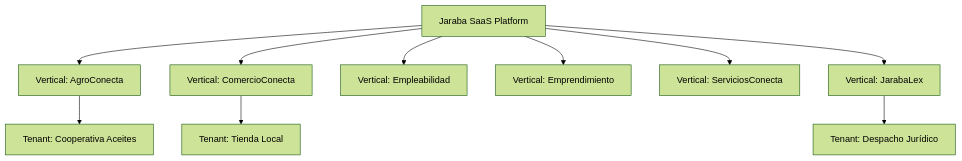
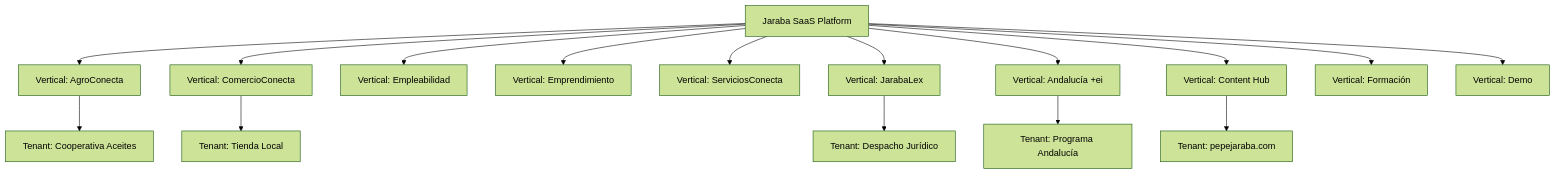
The diagram in docs/07_VERTICAL_CUSTOMIZATION_PATTERNS.md (JarabaImpactPlatformSaSS/JarabaImpactPlatformSaaS), drawn with Mermaid (forest theme) before and after one commit. The commit also changed other lines of this file and 4 other files, not shown here.

````diff
--- a/docs/07_VERTICAL_CUSTOMIZATION_PATTERNS.md
+++ b/docs/07_VERTICAL_CUSTOMIZATION_PATTERNS.md
@@ -21,23 +27,35 @@
 ```mermaid
 graph TD
     Platform[Jaraba SaaS Platform]
     V1[Vertical: AgroConecta]
     V2[Vertical: ComercioConecta]
     V3[Vertical: Empleabilidad]
     V4[Vertical: Emprendimiento]
     V5[Vertical: ServiciosConecta]
     V6[Vertical: JarabaLex]
+    V7[Vertical: Andalucía +ei]
+    V8[Vertical: Content Hub]
+    V9[Vertical: Formación]
+    V10[Vertical: Demo]
     T1[Tenant: Cooperativa Aceites]
     T2[Tenant: Tienda Local]
     T3[Tenant: Despacho Jurídico]
-    
+    T4[Tenant: Programa Andalucía]
+    T5[Tenant: pepejaraba.com]
+
     Platform --> V1
     Platform --> V2
     Platform --> V3
     Platform --> V4
     Platform --> V5
     Platform --> V6
+    Platform --> V7
+    Platform --> V8
+    Platform --> V9
+    Platform --> V10
     V1 --> T1
     V2 --> T2
     V6 --> T3
+    V7 --> T4
+    V8 --> T5
 ```
````
